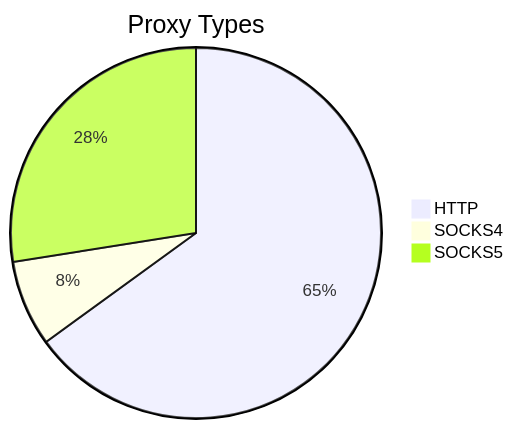
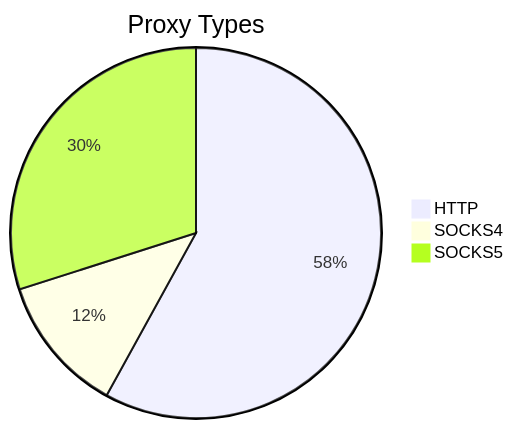
One commit to stormsia/proxy-list changed the first of 2 diagrams in README.md. Above: the diagram before and after it, drawn with Mermaid. The commit also changed other lines of this file, not shown here.

````diff
--- a/README.md
+++ b/README.md
@@ -21,6 +21,6 @@
 ```mermaid
 pie title Proxy Types
-    "HTTP" : 234
-    "SOCKS4" : 27
-    "SOCKS5" : 99
+    "HTTP" : 221
+    "SOCKS4" : 46
+    "SOCKS5" : 114
 ```
````
